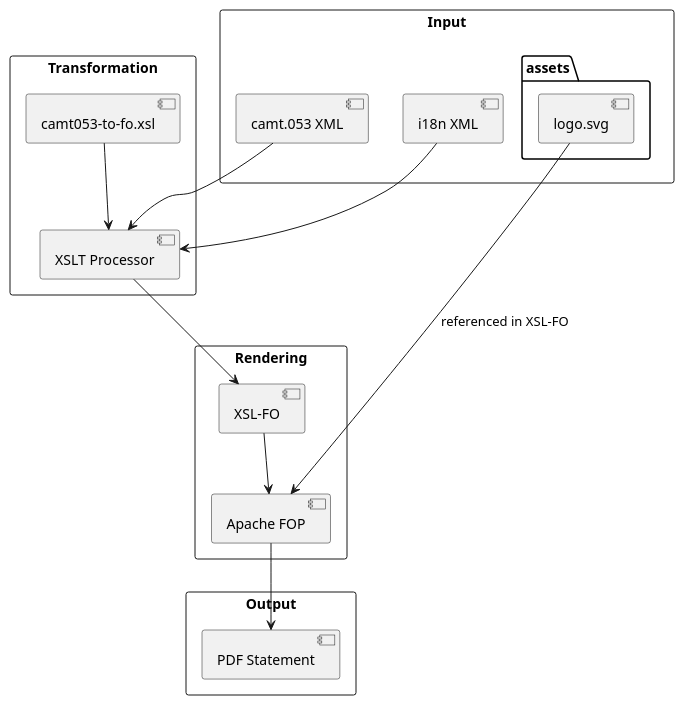
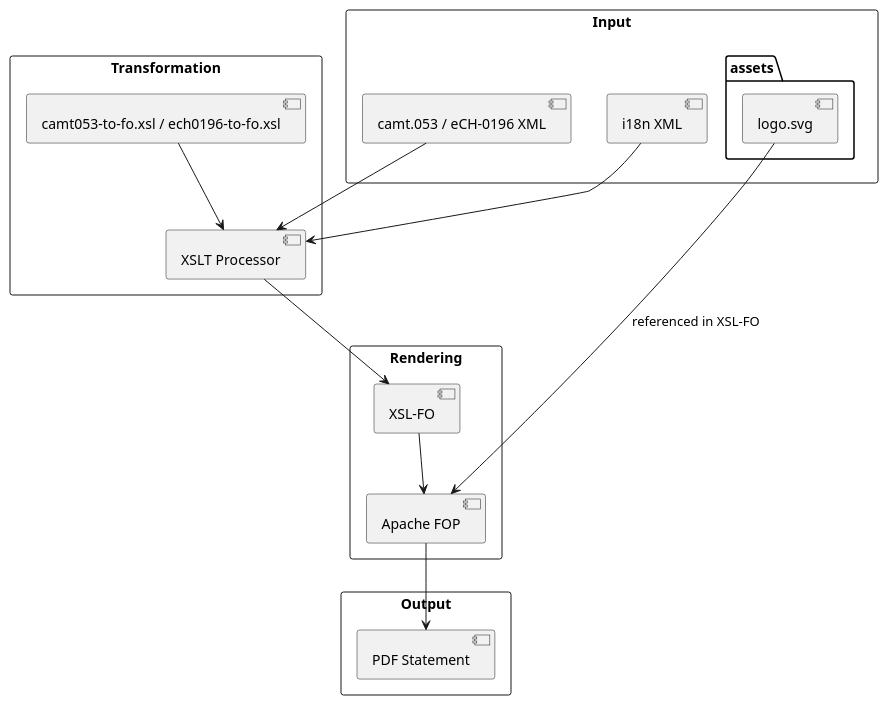
One commit to chatelao/apache-xsl-fo-sample changed the diagram in architecture.puml. Above: the diagram before and after it, drawn with PlantUML. The commit also changed 11 other files, not shown here.

```diff
--- a/architecture.puml
+++ b/architecture.puml
@@ -1,33 +1,33 @@
 @startuml
 skinparam packageStyle rectangle
 
 package "Input" {
-  [camt.053 XML] as xml
+  [camt.053 / eCH-0196 XML] as xml
   [i18n XML] as i18n
   folder "assets" {
     [logo.svg] as logo
   }
 }
 
 package "Transformation" {
   [XSLT Processor] as xslt
-  [camt053-to-fo.xsl] as template
+  [camt053-to-fo.xsl / ech0196-to-fo.xsl] as template
 }
 
 package "Rendering" {
   [Apache FOP] as fop
   [XSL-FO] as fo
 }
 
 package "Output" {
   [PDF Statement] as pdf
 }
 
 xml --> xslt
 i18n --> xslt
 template --> xslt
 xslt --> fo
 fo --> fop
 logo --> fop : referenced in XSL-FO
 fop --> pdf
 @enduml
```
